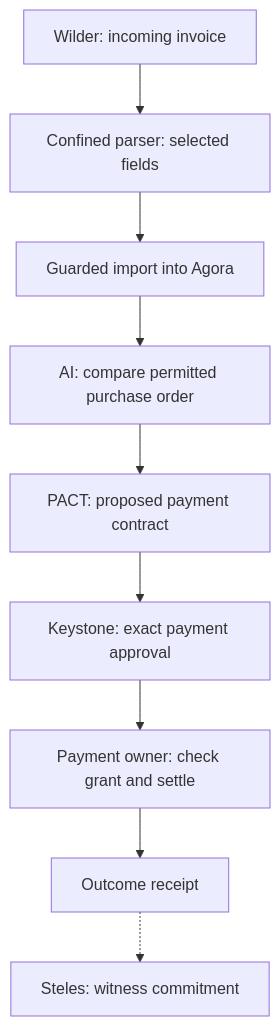
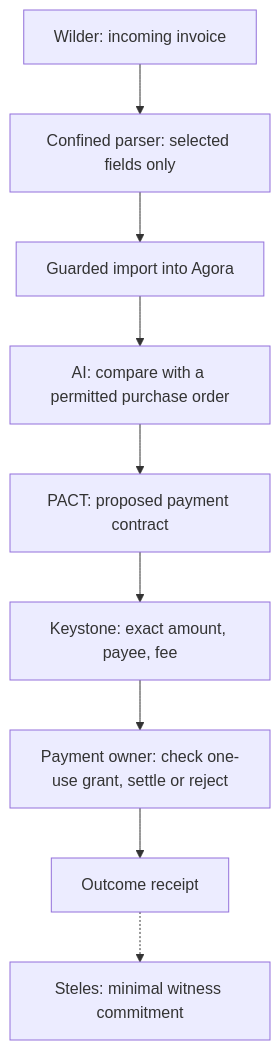
One commit to nshkrdotcom/nshkrdotcom.github.io changed the third of 4 diagrams in content/aska/_index.md. Above: the diagram before and after it, drawn with Mermaid. The commit also changed other lines of this file, not shown here.

First line of the commit message:
Update ASKA architecture overview to v6 specification

````diff
--- a/content/aska/_index.md
+++ b/content/aska/_index.md
@@ -101,11 +141,11 @@
 ```mermaid
 flowchart TD
-  W["Wilder: incoming invoice"] --> P["Confined parser: selected fields"]
+  W["Wilder: incoming invoice"] --> P["Confined parser: selected fields only"]
   P --> I["Guarded import into Agora"]
-  I --> A["AI: compare permitted purchase order"]
+  I --> A["AI: compare with a permitted purchase order"]
   A --> C["PACT: proposed payment contract"]
-  C --> K["Keystone: exact payment approval"]
-  K --> E["Payment owner: check grant and settle"]
+  C --> K["Keystone: exact amount, payee, fee"]
+  K --> E["Payment owner: check one-use grant, settle or reject"]
   E --> R["Outcome receipt"]
-  R -.-> S["Steles: witness commitment"]
+  R -.-> S["Steles: minimal witness commitment"]
 ```
````
